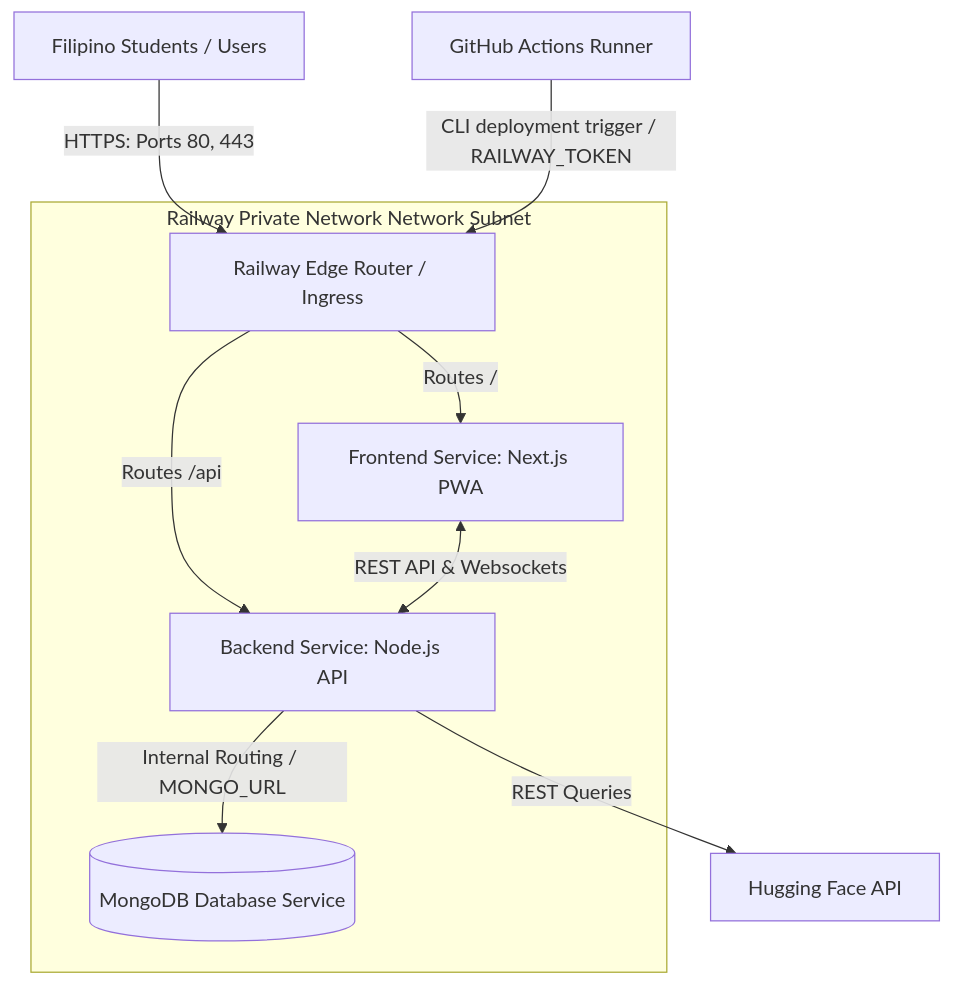
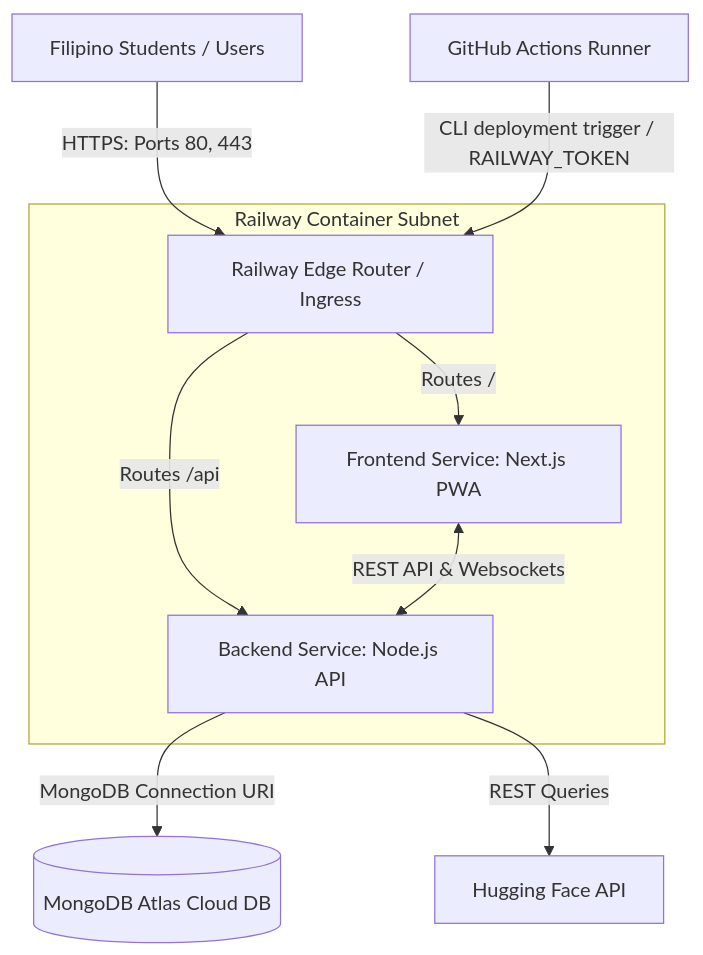
One commit to ShakiraCasusi/Brainbytes-AITutoring-Platform changed the diagram in docs/deployment-plan.md. Above: the diagram before and after it, drawn with Mermaid. The commit also changed other lines of this file, not shown here.

Commit message:
docs: add comprehensive deployment plan and architecture guide for Railway.app

````diff
--- a/docs/deployment-plan.md
+++ b/docs/deployment-plan.md
@@ -68,19 +71,18 @@
 ```mermaid
 graph TD
     %% Entry Points
     Student[Filipino Students / Users] -->|HTTPS: Ports 80, 443| Edge[Railway Edge Router / Ingress]
 
-    subgraph Railway Project Canvas [Railway Private Network Network Subnet]
+    subgraph Railway Project Canvas [Railway Container Subnet]
         %% Services
         Edge -->|Routes /| FE[Frontend Service: Next.js PWA]
         Edge -->|Routes /api| BE[Backend Service: Node.js API]
         
         FE <-->|REST API & Websockets| BE
-        
-        BE -->|Internal Routing / MONGO_URL| DB[(MongoDB Database Service)]
     end
 
     %% External Systems
+    BE -->|MongoDB Connection URI| DB[(MongoDB Atlas Cloud DB)]
     BE -->|REST Queries| HF[Hugging Face API]
     GHA[GitHub Actions Runner] -->|CLI deployment trigger / RAILWAY_TOKEN| Edge
 ```
````
